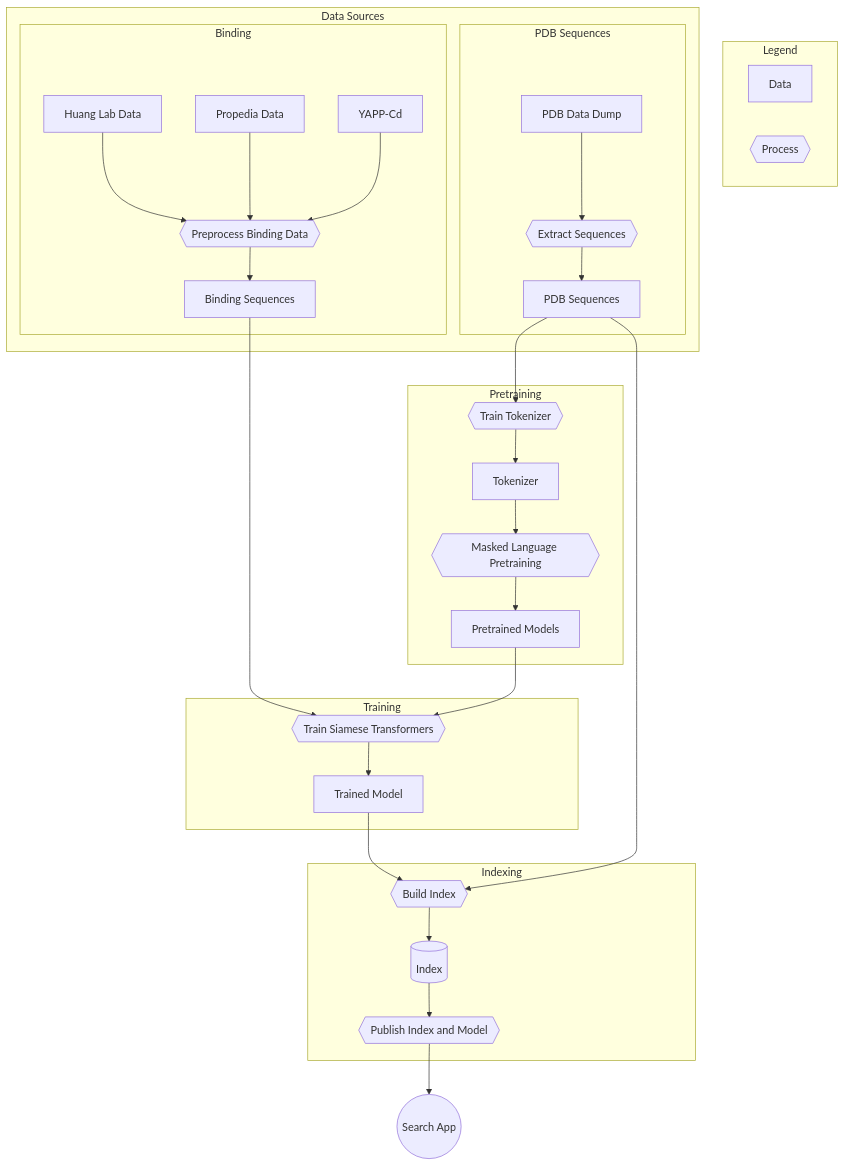
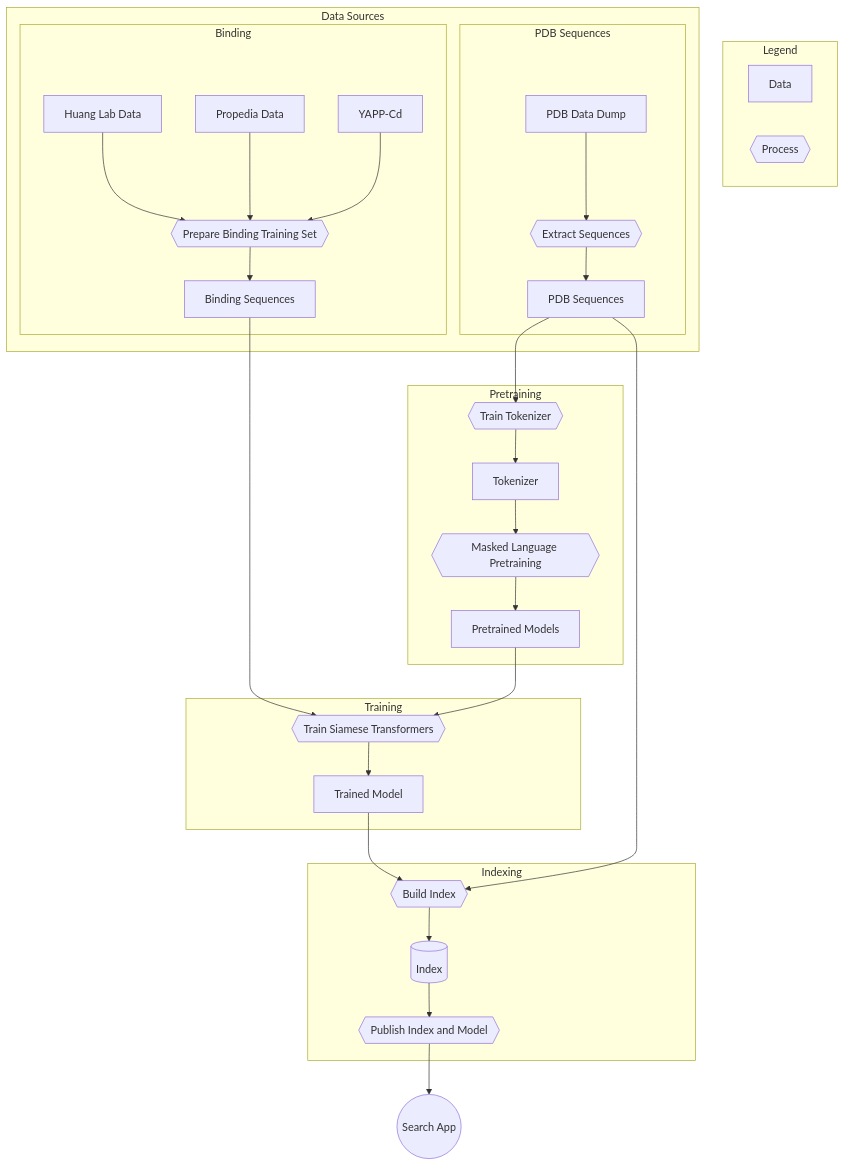
The second of 2 diagrams in README.md (RoniGurvich/Peptriever), drawn with Mermaid before and after one commit. The commit also changed 17 other files, not shown here.

````diff
--- a/README.md
+++ b/README.md
@@ -17,53 +17,53 @@
 ```mermaid
 flowchart TD
     subgraph legend[Legend]
         data[Data]
         process{{Process}}
     end
 
     subgraph data_sources[Data Sources]
 
         subgraph pdb_seq[PDB Sequences]
             pdb_dump[PDB Data Dump] --> extract_sequences{{Extract Sequences}} --> pdb_sequences[PDB Sequences]
             click pdb_sequences "https://huggingface.co/datasets/ronig/pdb_sequences" "huggingface dataset"
         end
         
         subgraph binding[Binding]
             huang_data[Huang Lab Data]
             propedia_data[Propedia Data]
             yapp_data[YAPP-Cd]
-            huang_data --> preprocess_train_data{{Preprocess Binding Data}}
+            huang_data --> preprocess_train_data{{Prepare Binding Training Set}}
             propedia_data --> preprocess_train_data
             yapp_data --> preprocess_train_data
             preprocess_train_data --> binding_sequences[Binding Sequences]
             click binding_sequences "https://huggingface.co/datasets/ronig/protein_binding_sequences" "huggingface dataset"
         end
         
     end
 
     subgraph pretraining[Pretraining]
         pdb_sequences --> train_tokenizer{{Train Tokenizer}} --> tokenizer[Tokenizer]
         tokenizer --> mlm_pretraining{{Masked Language Pretraining}}
         mlm_pretraining --> pretrained_mlm[Pretrained Models]
         click tokenizer "https://huggingface.co/ronig/pdb_bpe_tokenizer_1024_mlm" "huggingface model"
     end
     
     subgraph training[Training]
         pretrained_mlm --> train_siamese{{Train Siamese Transformers}}
         binding_sequences --> train_siamese
         train_siamese --> trained_model[Trained Model]
         click trained_model "https://huggingface.co/ronig/siamese_protein_bert" "huggingface model"
     end
     
     subgraph indexing[Indexing]
         trained_model --> build_index{{Build Index}}
         pdb_sequences --> build_index
         build_index --> knn_index[(Index)]
         knn_index --> publish_index_model{{Publish Index and Model}}
         click knn_index "https://huggingface.co/datasets/ronig/siamese_protein_index" "huggingface dataset"
     end
 
     publish_index_model --> search_app((Search App))
     click search_app "https://huggingface.co/spaces/ronig/protein_binding_search" "huggingface space"
 
 ```
````
